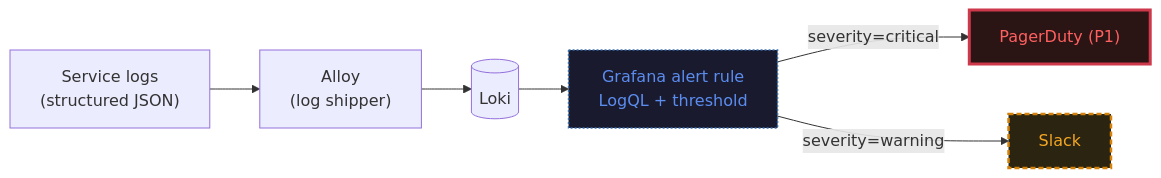
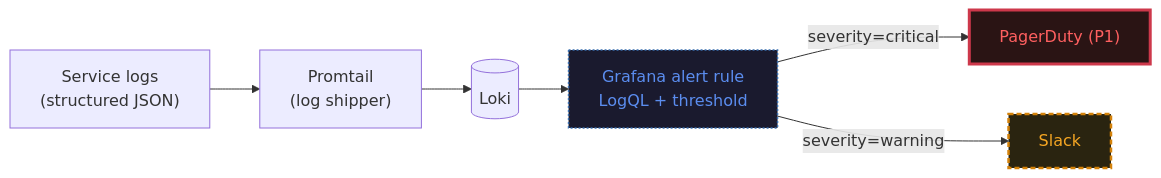
One commit to radra23/scryops-site changed the diagram in content/howtos/set-up-log-based-alerting.md. Above: the diagram before and after it, drawn with Mermaid. The commit also changed other lines of this file and 23 other files, not shown here.

```diff
--- a/content/howtos/set-up-log-based-alerting.md
+++ b/content/howtos/set-up-log-based-alerting.md
@@ -14,11 +14,11 @@
 {{< mermaid caption="Fig. — A LogQL threshold rule in Grafana routes critical errors to PagerDuty and warnings to Slack, based on severity labels set at alert-rule time." >}}
 flowchart LR
-    app["Service logs<br/>(structured JSON)"] --> agent["Alloy<br/>(log shipper)"]
+    app["Service logs<br/>(structured JSON)"] --> agent["Promtail<br/>(log shipper)"]
     agent --> loki[("Loki")]
     loki --> rule["Grafana alert rule<br/>LogQL + threshold"]
     rule -->|severity=critical| pd["PagerDuty (P1)"]
     rule -->|severity=warning| slack["Slack"]
     style rule fill:#1A1A2E,stroke:#3A6FAF,color:#5B8DEF,stroke-width:1.5px,stroke-dasharray:2 2
     style pd fill:#2A1414,stroke:#CD384B,color:#FF6060,stroke-width:3px
     style slack fill:#2A2410,stroke:#D4820A,color:#F5A623,stroke-width:2.5px,stroke-dasharray:5 3
 {{< /mermaid >}}
```
